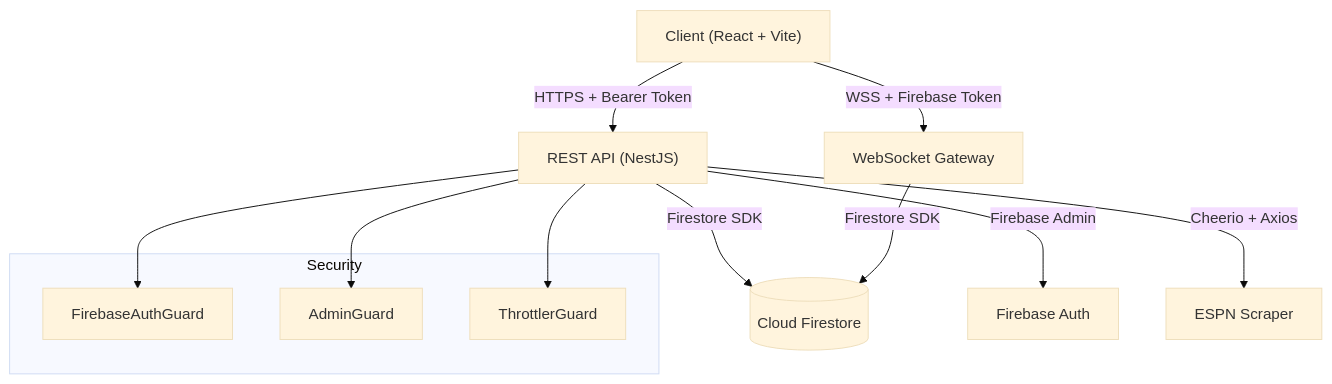
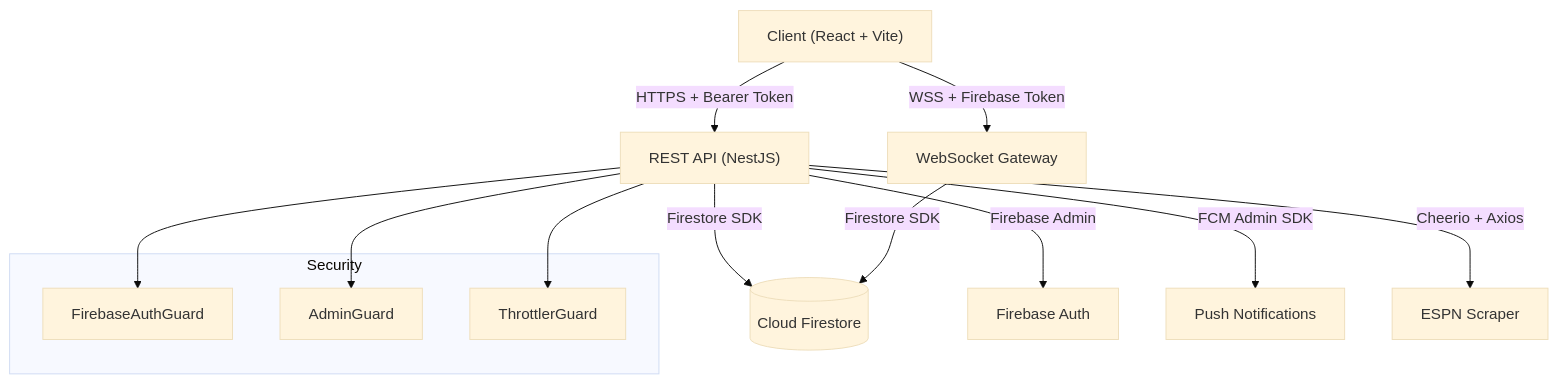
The diagram in README.md (CristianLona/Quiniela-App), drawn with Mermaid (base theme) before and after one commit. The commit also changed other lines of this file and 2 other files, not shown here.

````diff
--- a/README.md
+++ b/README.md
@@ -57,19 +60,20 @@
 ```mermaid
 graph TD
     Client["Client (React + Vite)"] -->|HTTPS + Bearer Token| API["REST API (NestJS)"]
     Client -->|WSS + Firebase Token| WS["WebSocket Gateway"]
     API -->|Firestore SDK| DB[(Cloud Firestore)]
     API -->|Firebase Admin| Auth[Firebase Auth]
+    API -->|FCM Admin SDK| FCM[Push Notifications]
     WS -->|Firestore SDK| DB
     API -->|Cheerio + Axios| ESPN[ESPN Scraper]
     
     subgraph Security
         Guard1[FirebaseAuthGuard]
         Guard2[AdminGuard]
         Guard3[ThrottlerGuard]
     end
     
     API --> Guard1
     API --> Guard2
     API --> Guard3
 ```
````
